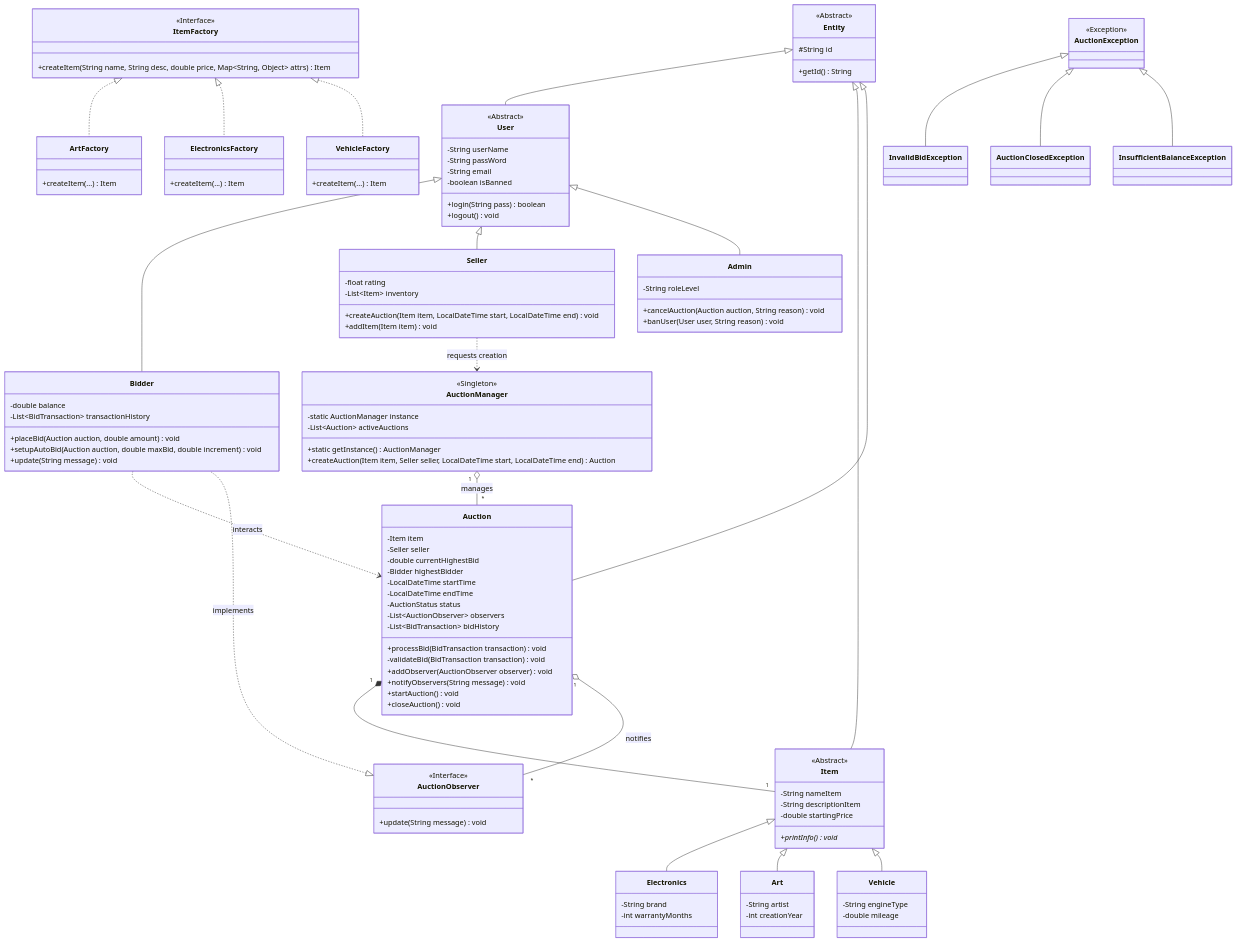
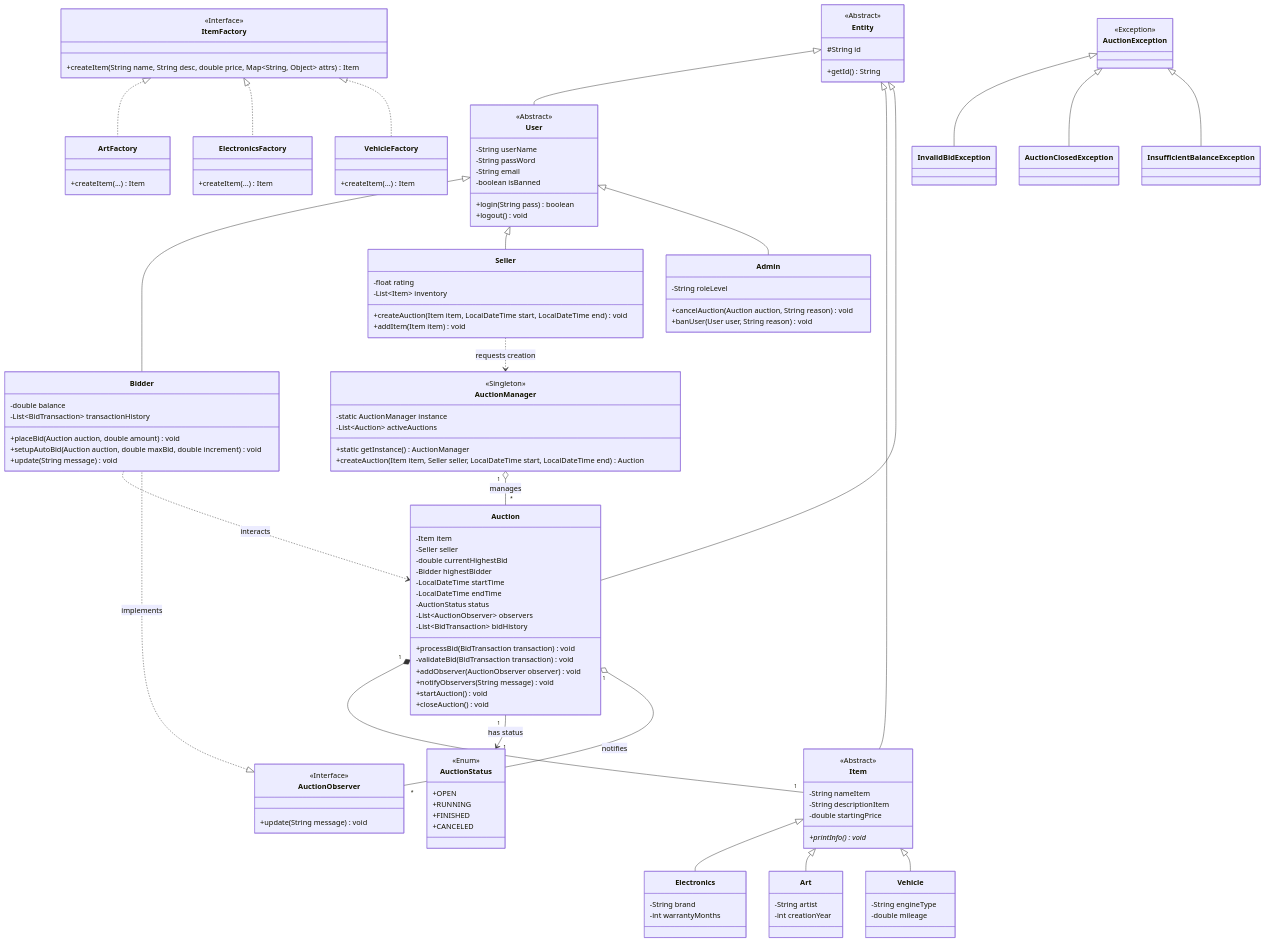
The diagram in README.md (kaiki0201a/Online-Auction-System-Project), drawn with Mermaid before and after one commit.

````diff
--- a/README.md
+++ b/README.md
@@ -103,6 +103,15 @@
     class ElectronicsFactory { +createItem(...) Item }
     class VehicleFactory { +createItem(...) Item }
 
+    %% Enums
+    class AuctionStatus{
+       <<Enum>>
+       +OPEN
+       +RUNNING
+       +FINISHED
+       +CANCELED
+    }
+
     %% Exceptions
     class AuctionException { <<Exception>> }
     class InvalidBidException { }
@@ -133,8 +142,10 @@
     AuctionException <|-- InsufficientBalanceException
 
     Auction "1" *-- "1" Item
+    Auction "1" --> "1" AuctionStatus : has status
     Auction "1" o-- "*" AuctionObserver : notifies
     AuctionManager "1" o-- "*" Auction : manages
     Seller ..> AuctionManager : requests creation
     Bidder ..> Auction : interacts
+ 
 ```
````
